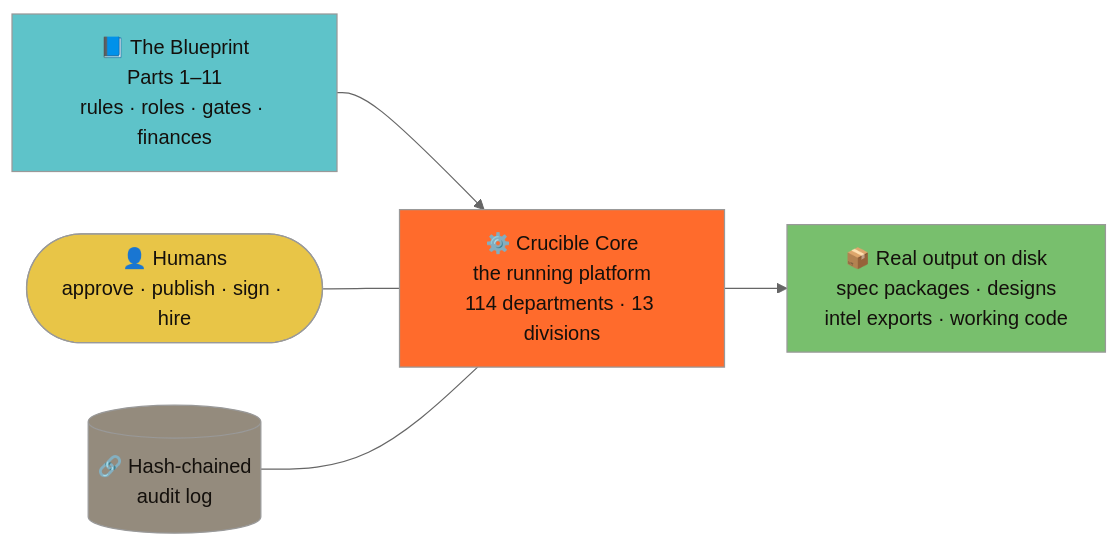
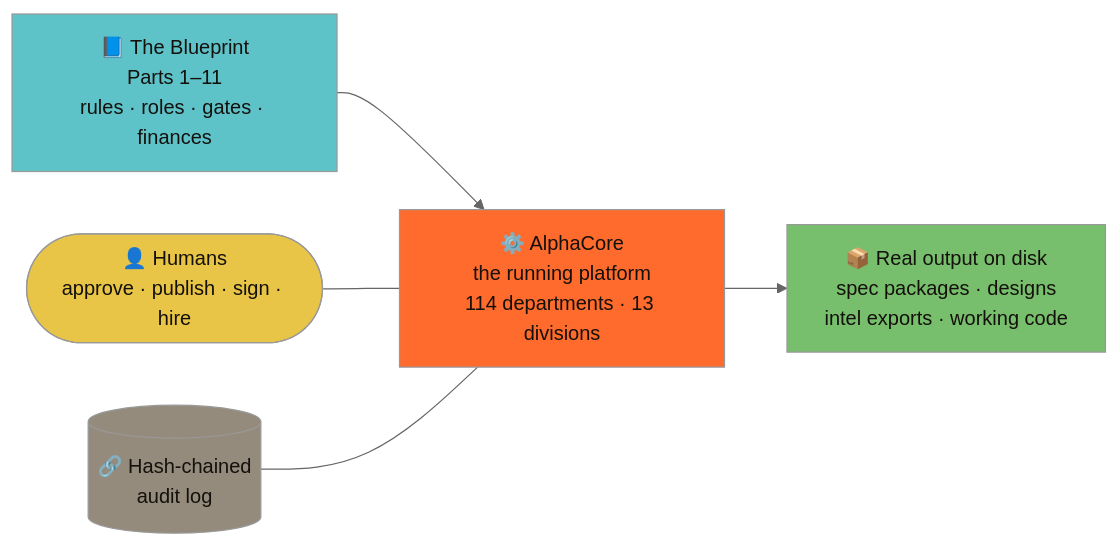
The diagram in README.md (itzzexe/ALPHACORE), drawn with Mermaid (neutral theme) before and after one commit. The commit also changed other lines of this file and 147 other files, not shown here.

````diff
--- a/README.md
+++ b/README.md
@@ -9,12 +9,12 @@
 ```mermaid
 flowchart LR
-  BP["📘 The Blueprint<br/>Parts 1–11<br/>rules · roles · gates · finances"] --> CORE["⚙️ Crucible Core<br/>the running platform<br/>114 departments · 13 divisions"]
+  BP["📘 The Blueprint<br/>Parts 1–11<br/>rules · roles · gates · finances"] --> CORE["⚙️ AlphaCore<br/>the running platform<br/>114 departments · 13 divisions"]
   CORE --> OUT["📦 Real output on disk<br/>spec packages · designs<br/>intel exports · working code"]
   HUM(["👤 Humans<br/>approve · publish · sign · hire"]) --- CORE
   AUD[("🔗 Hash-chained<br/>audit log")] --- CORE
   style BP fill:#5ec3c9,color:#14100c
   style CORE fill:#ff6b2c,color:#14100c
   style OUT fill:#78bf6d,color:#14100c
   style HUM fill:#e8c547,color:#14100c
   style AUD fill:#948b7d,color:#14100c
 ```
````
